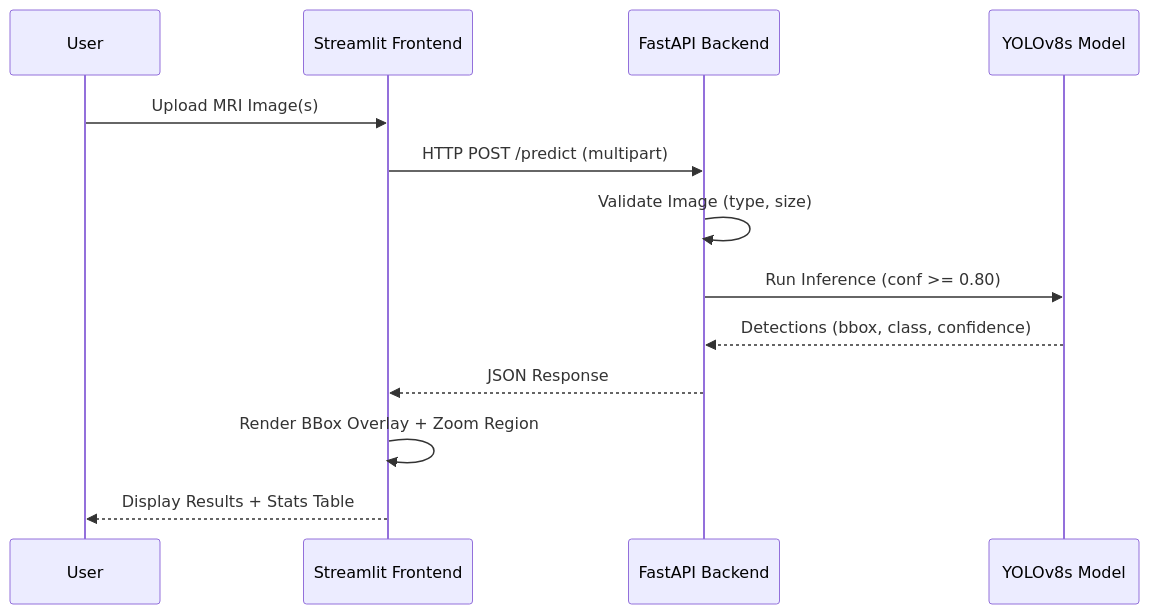
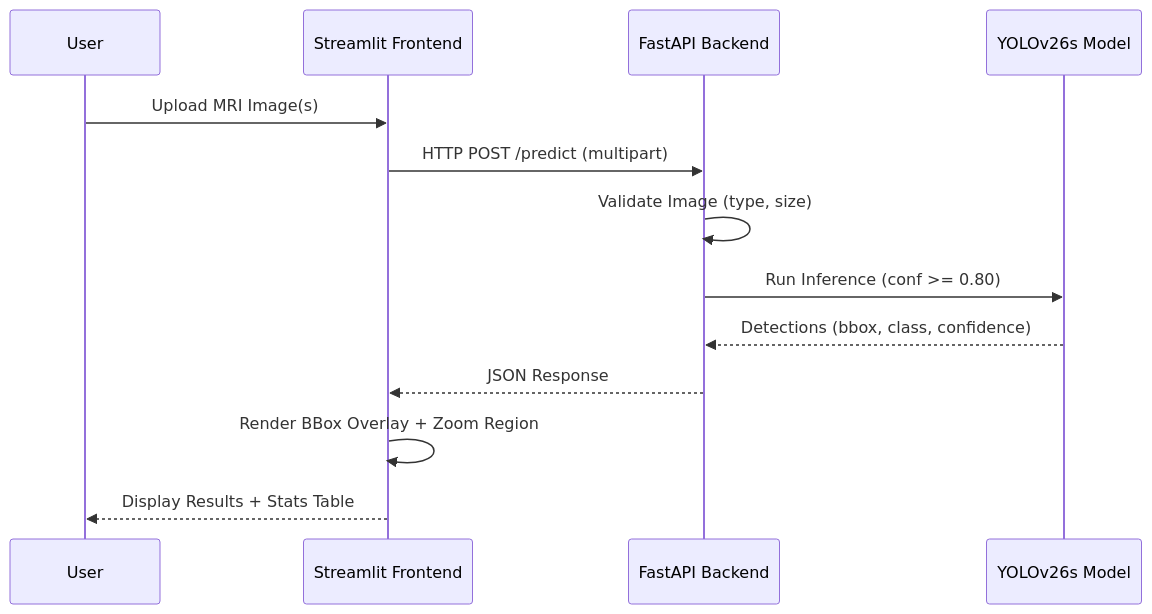
Before and after one commit to Osama-Abo-Bakr/brain-tumor: the second of 3 diagrams in README.md, drawn with Mermaid. The commit also changed other lines of this file and 3 other files, not shown here.

````diff
--- a/README.md
+++ b/README.md
@@ -46,16 +46,16 @@
 ```mermaid
 sequenceDiagram
     participant U as User
     participant F as Streamlit Frontend
     participant B as FastAPI Backend
-    participant M as YOLOv8s Model
+    participant M as YOLOv26s Model
 
     U->>F: Upload MRI Image(s)
     F->>B: HTTP POST /predict (multipart)
     B->>B: Validate Image (type, size)
     B->>M: Run Inference (conf >= 0.80)
     M-->>B: Detections (bbox, class, confidence)
     B-->>F: JSON Response
     F->>F: Render BBox Overlay + Zoom Region
     F-->>U: Display Results + Stats Table
 ```
````
